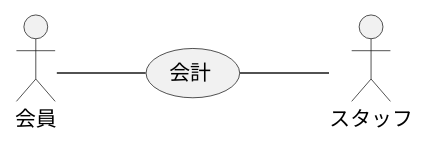
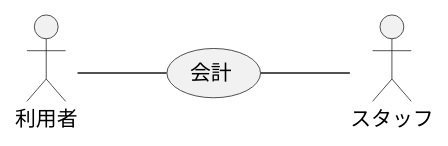
The diagram in modeling/04_BusinessUsecase_会計.pu (TakashiOnawa/ddd-practice-studio-reservation), drawn with PlantUML before and after one commit. The commit also changed 13 other files, not shown here.

```diff
--- a/modeling/04_BusinessUsecase_会計.pu
+++ b/modeling/04_BusinessUsecase_会計.pu
@@ -1,11 +1,11 @@
 @startuml BusinessUsecase
 
 left to right direction
 
-actor 会員
+actor 利用者
 actor スタッフ
 
-会員 -- (会計)
+利用者 -- (会計)
 (会計) -- スタッフ
 
 @enduml
```
